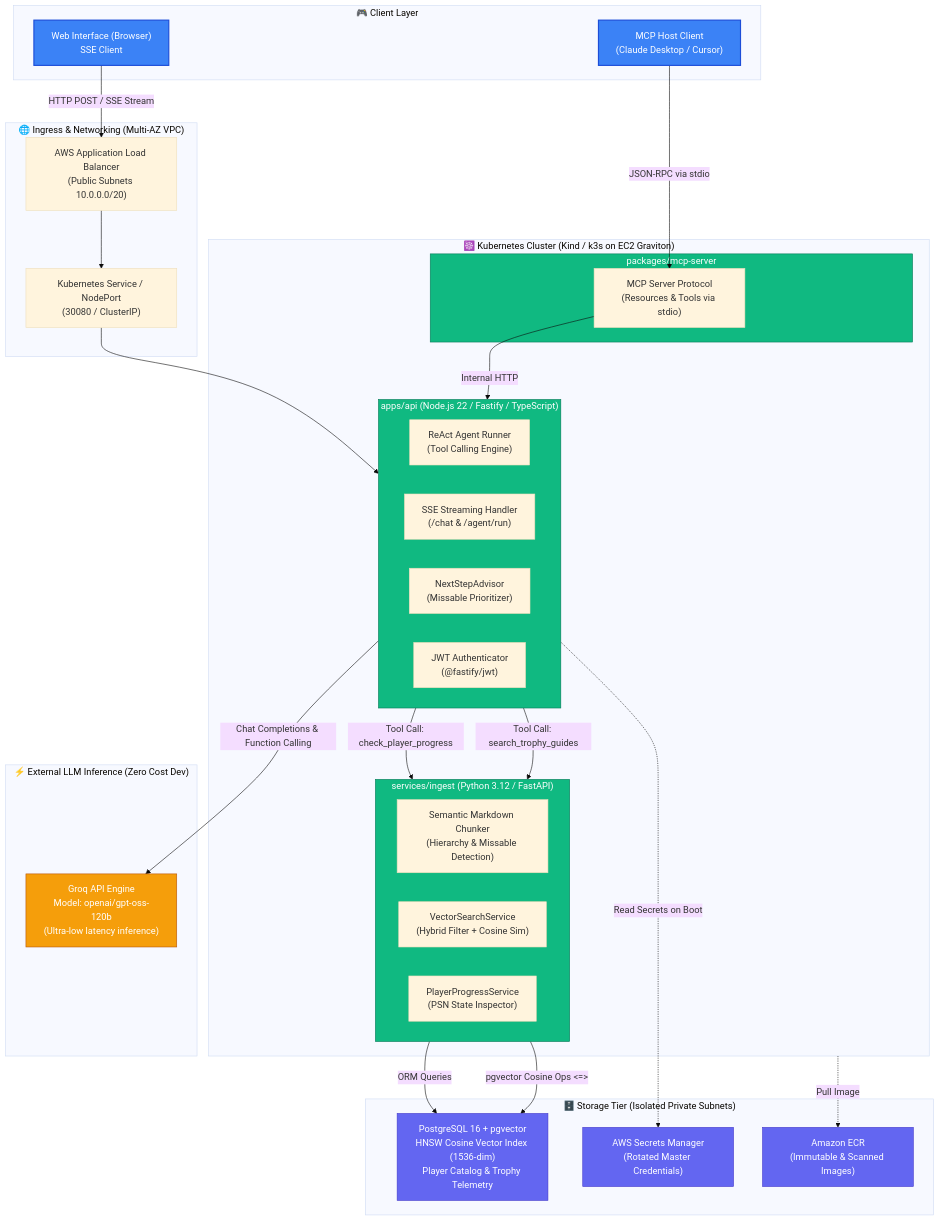
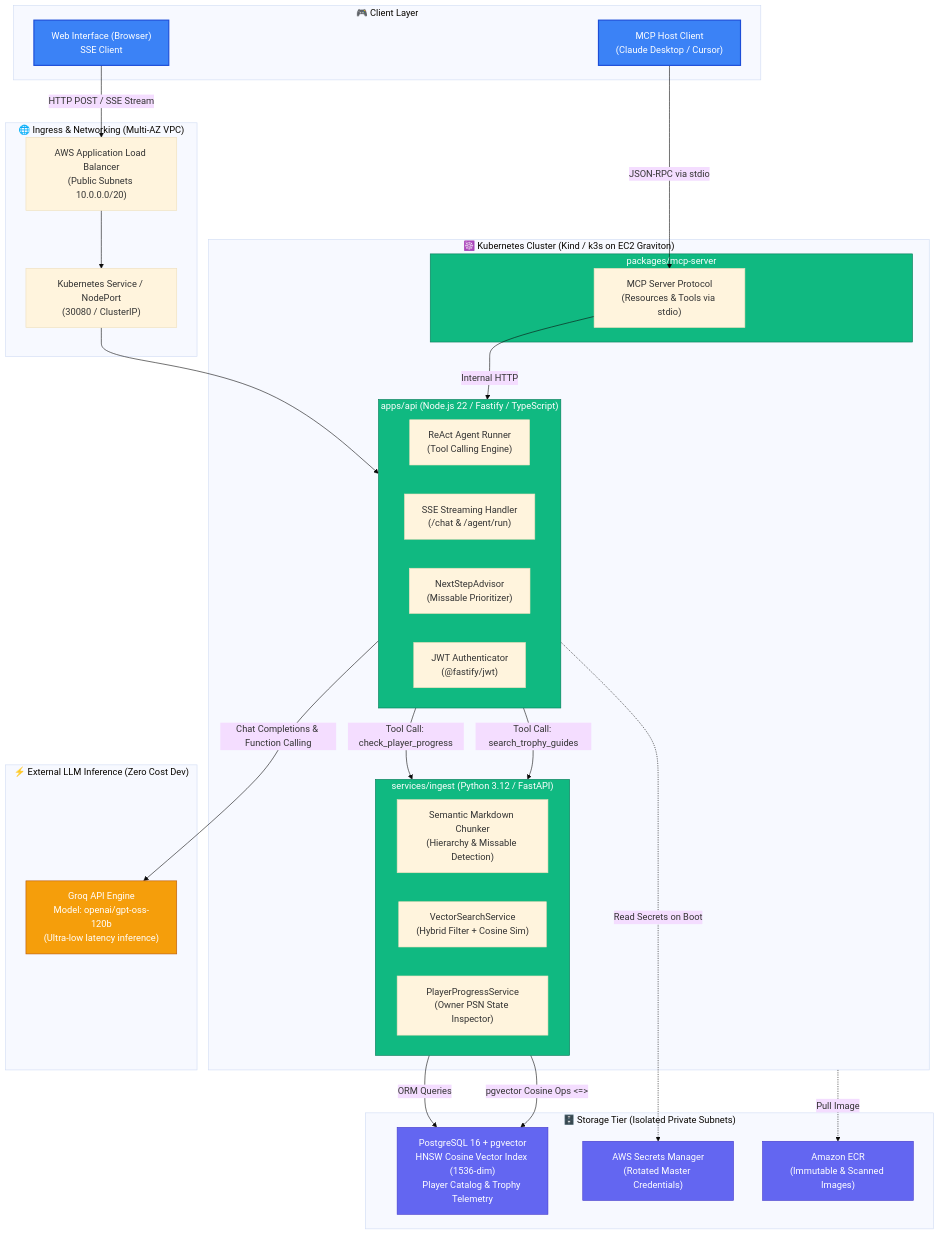
Before and after one commit to WeineOlliver/platina-ai: the first of 3 diagrams in docs/architecture.md, drawn with Mermaid (base theme). The commit also changed other lines of this file and 13 other files, not shown here.

Commit message:
feat(psn): restrict trophy tracking strictly to project owner profile

````diff
--- a/docs/architecture.md
+++ b/docs/architecture.md
@@ -9,72 +9,72 @@
 ```mermaid
 graph TB
   %% Client Tier
   subgraph Clients [" 🎮 Client Layer "]
     Browser["Web Interface (Browser)<br/>SSE Client"]
     MCPClient["MCP Host Client<br/>(Claude Desktop / Cursor)"]
   end
 
   %% Ingress Tier
   subgraph Ingress [" 🌐 Ingress & Networking (Multi-AZ VPC) "]
     ALB["AWS Application Load Balancer<br/>(Public Subnets 10.0.0.0/20)"]
     K8sService["Kubernetes Service / NodePort<br/>(30080 / ClusterIP)"]
   end
 
   %% Compute Tier
   subgraph K8s [" ☸️ Kubernetes Cluster (Kind / k3s on EC2 Graviton) "]
     subgraph API_Pod [" apps/api (Node.js 22 / Fastify / TypeScript) "]
       AgentRunner["ReAct Agent Runner<br/>(Tool Calling Engine)"]
       SSEHandler["SSE Streaming Handler<br/>(/chat & /agent/run)"]
       Advisor["NextStepAdvisor<br/>(Missable Prioritizer)"]
       JWTAuth["JWT Authenticator<br/>(@fastify/jwt)"]
     end
 
     subgraph MCPServer [" packages/mcp-server "]
       StdioMCP["MCP Server Protocol<br/>(Resources & Tools via stdio)"]
     end
 
     subgraph Ingest_Pod [" services/ingest (Python 3.12 / FastAPI) "]
       Chunker["Semantic Markdown Chunker<br/>(Hierarchy & Missable Detection)"]
       VectorSearch["VectorSearchService<br/>(Hybrid Filter + Cosine Sim)"]
-      PlayerSvc["PlayerProgressService<br/>(PSN State Inspector)"]
+      PlayerSvc["PlayerProgressService<br/>(Owner PSN State Inspector)"]
     end
   end
 
   %% External AI
   subgraph ExternalAI [" ⚡ External LLM Inference (Zero Cost Dev) "]
     Groq["Groq API Engine<br/>Model: openai/gpt-oss-120b<br/>(Ultra-low latency inference)"]
   end
 
   %% Storage Tier
   subgraph Storage [" 🗄️ Storage Tier (Isolated Private Subnets) "]
     RDS["PostgreSQL 16 + pgvector<br/>HNSW Cosine Vector Index (1536-dim)<br/>Player Catalog & Trophy Telemetry"]
     SecretsManager["AWS Secrets Manager<br/>(Rotated Master Credentials)"]
     ECR["Amazon ECR<br/>(Immutable & Scanned Images)"]
   end
 
   %% Data Flow Connections
   Browser -->|HTTP POST / SSE Stream| ALB
   MCPClient -->|JSON-RPC via stdio| StdioMCP
   StdioMCP -->|Internal HTTP| API_Pod
   ALB --> K8sService
   K8sService --> API_Pod
 
   API_Pod -->|Tool Call: search_trophy_guides| Ingest_Pod
   API_Pod -->|Tool Call: check_player_progress| Ingest_Pod
   API_Pod -->|Chat Completions & Function Calling| Groq
 
   Ingest_Pod -->|pgvector Cosine Ops <=>| RDS
   Ingest_Pod -->|ORM Queries| RDS
   API_Pod -.->|Read Secrets on Boot| SecretsManager
   K8s -.->|Pull Image| ECR
 
   classDef clientStyle fill:#3b82f6,stroke:#1d4ed8,stroke-width:2px,color:#fff;
   classDef appStyle fill:#10b981,stroke:#047857,stroke_width:2px,color:#fff;
   classDef aiStyle fill:#f59e0b,stroke:#b45309,stroke_width:2px,color:#fff;
   classDef dataStyle fill:#6366f1,stroke:#4338ca,stroke_width:2px,color:#fff;
 
   class Browser,MCPClient clientStyle;
   class API_Pod,Ingest_Pod,MCPServer appStyle;
   class Groq aiStyle;
   class RDS,SecretsManager,ECR dataStyle;
 ```
````
